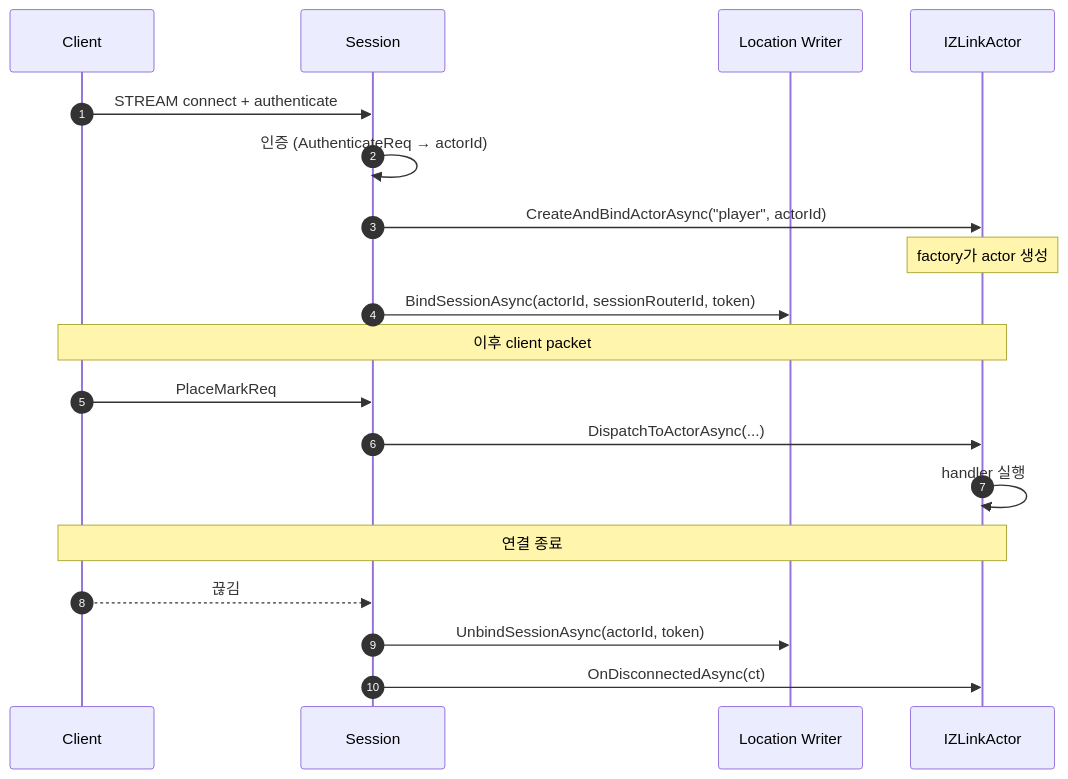
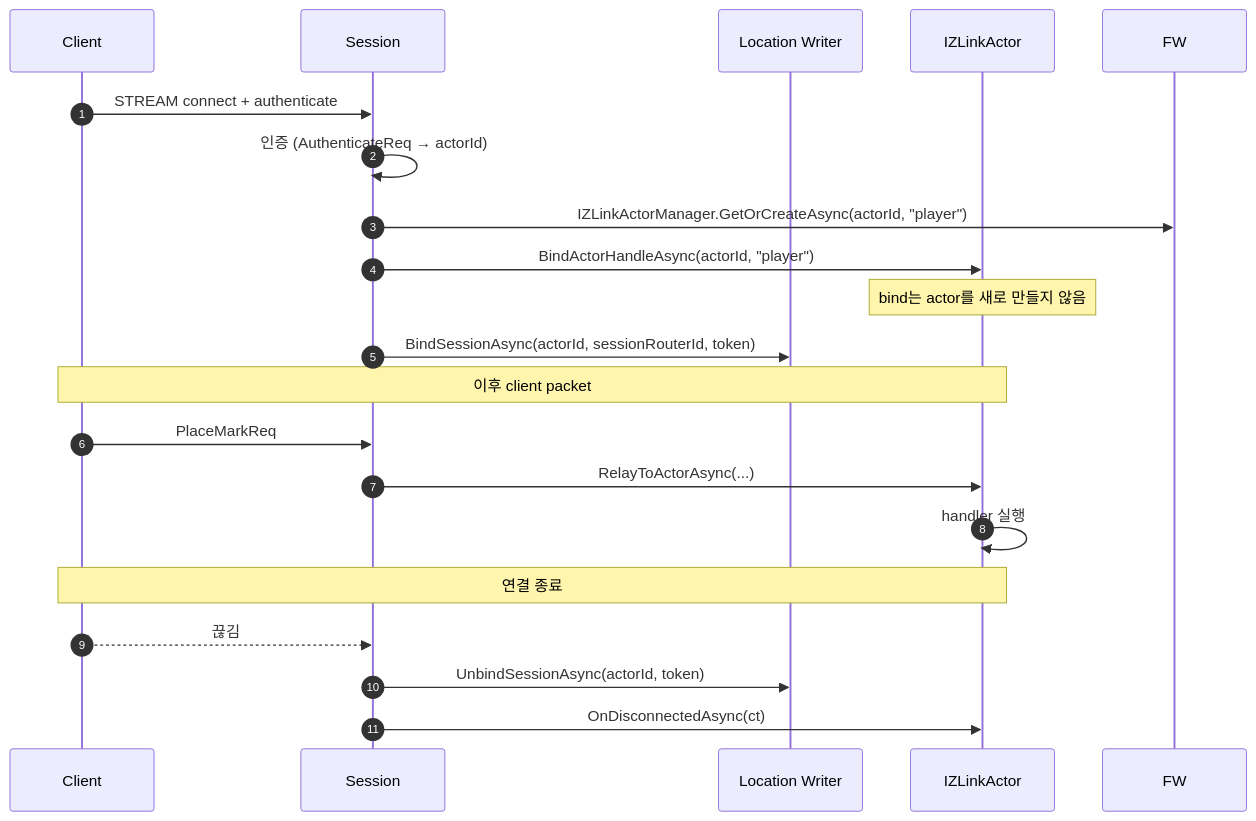
The second of 3 diagrams in framework/doc/spec/draft/framework-adapter/bindings/dotnet/aspnet-core-actor.ko.md (kairos-code-dev/zlink), drawn with Mermaid before and after one commit. The commit also changed other lines of this file and 36 other files, not shown here.

````diff
--- a/framework/doc/spec/draft/framework-adapter/bindings/dotnet/aspnet-core-actor.ko.md
+++ b/framework/doc/spec/draft/framework-adapter/bindings/dotnet/aspnet-core-actor.ko.md
@@ -769,24 +785,25 @@
 ```mermaid
 sequenceDiagram
     autonumber
     participant C as Client
     participant S as Session
     participant Loc as Location Writer
     participant Act as IZLinkActor
 
     C->>S: STREAM connect + authenticate
     S->>S: 인증 (AuthenticateReq → actorId)
-    S->>Act: CreateAndBindActorAsync("player", actorId)
-    Note over Act: factory가 actor 생성
+    S->>FW: IZLinkActorManager.GetOrCreateAsync(actorId, "player")
+    S->>Act: BindActorHandleAsync(actorId, "player")
+    Note over Act: bind는 actor를 새로 만들지 않음
     S->>Loc: BindSessionAsync(actorId, sessionRouterId, token)
 
     Note over C,Act: 이후 client packet
     C->>S: PlaceMarkReq
-    S->>Act: DispatchToActorAsync(...)
+    S->>Act: RelayToActorAsync(...)
     Act->>Act: handler 실행
 
     Note over C,Act: 연결 종료
     C-->>S: 끊김
     S->>Loc: UnbindSessionAsync(actorId, token)
     S->>Act: OnDisconnectedAsync(ct)
 ```
````
